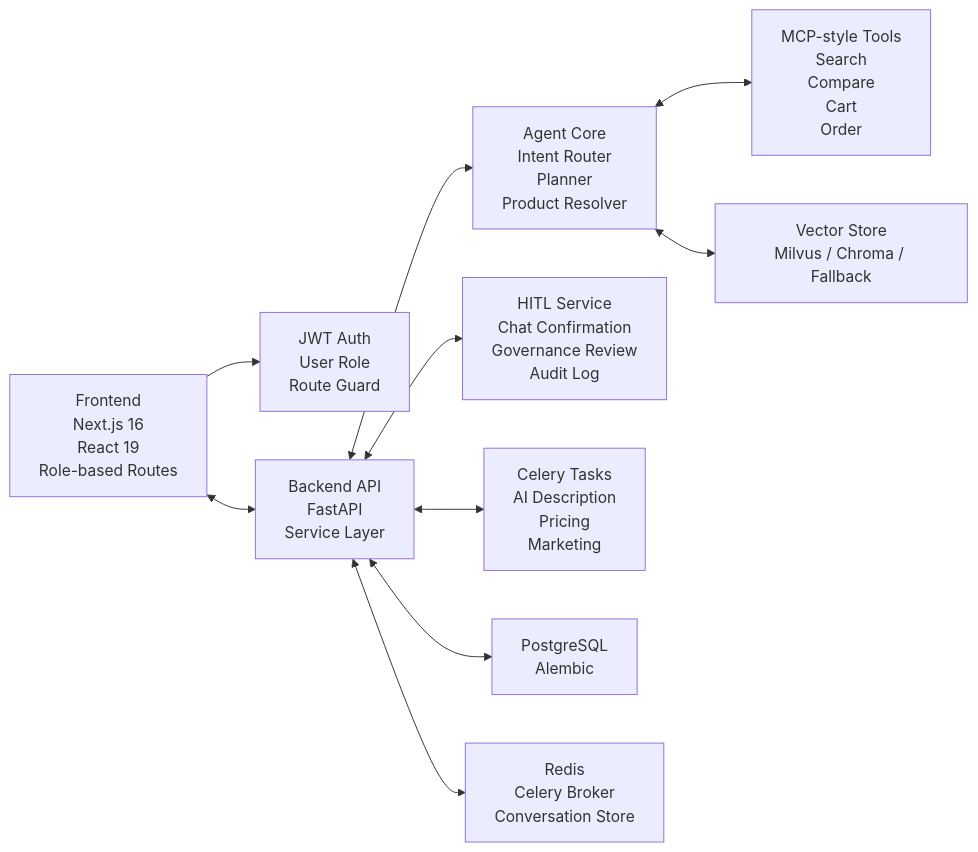
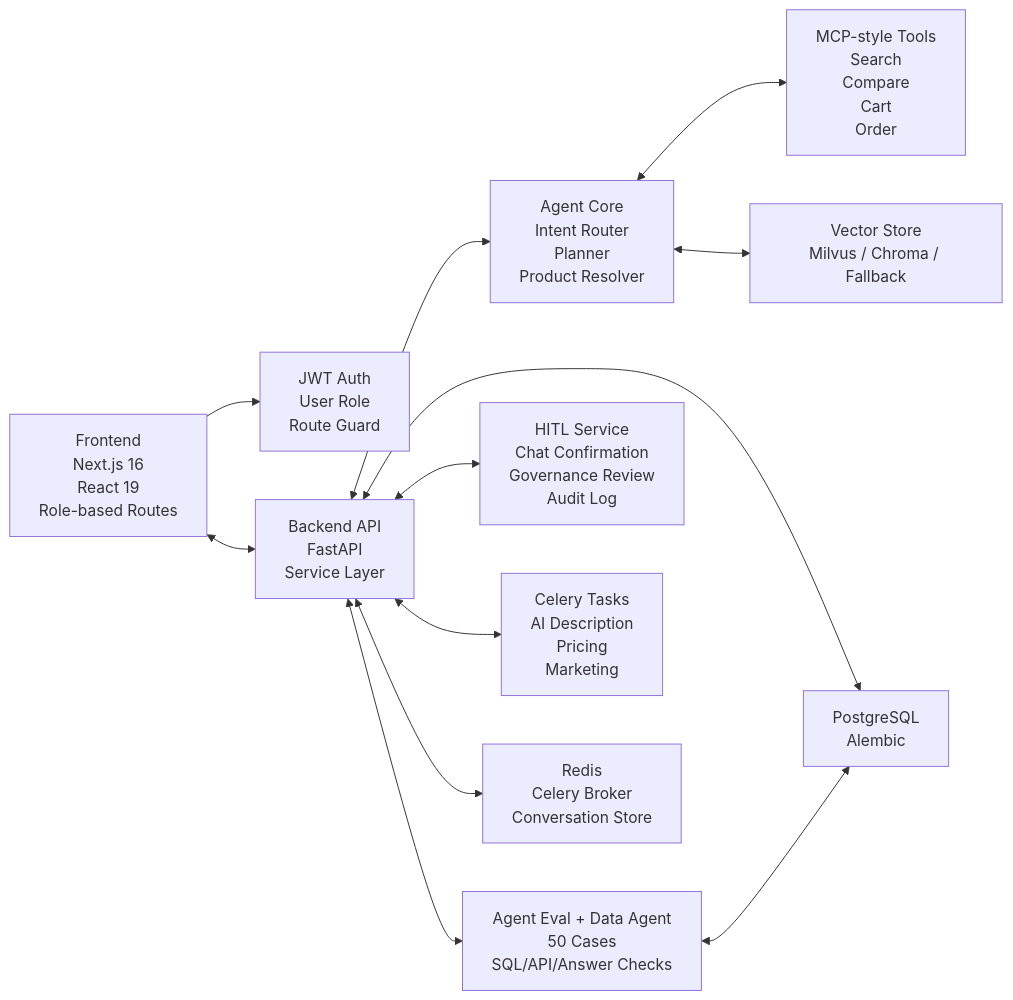
The first of 3 diagrams in README.md (leonleiwang/ShopMind-AI), drawn with Mermaid before and after one commit. The commit also changed other lines of this file, not shown here.

````diff
--- a/README.md
+++ b/README.md
@@ -123,23 +125,26 @@
 ```mermaid
 flowchart LR
     FE["Frontend<br/>Next.js 16<br/>React 19<br/>Role-based Routes"]
     AUTH["JWT Auth<br/>User Role<br/>Route Guard"]
     API["Backend API<br/>FastAPI<br/>Service Layer"]
     AGENT["Agent Core<br/>Intent Router<br/>Planner<br/>Product Resolver"]
+    EVAL["Agent Eval + Data Agent<br/>50 Cases<br/>SQL/API/Answer Checks"]
     TOOLS["MCP-style Tools<br/>Search<br/>Compare<br/>Cart<br/>Order"]
     HITL["HITL Service<br/>Chat Confirmation<br/>Governance Review<br/>Audit Log"]
     TASK["Celery Tasks<br/>AI Description<br/>Pricing<br/>Marketing"]
     DB["PostgreSQL<br/>Alembic"]
     REDIS["Redis<br/>Celery Broker<br/>Conversation Store"]
     VECTOR["Vector Store<br/>Milvus / Chroma / Fallback"]
 
     FE --> AUTH
     FE <--> API
     API <--> AGENT
+    API <--> EVAL
     AGENT <--> TOOLS
     API <--> HITL
     API <--> TASK
     API <--> DB
+    EVAL <--> DB
     API <--> REDIS
     AGENT <--> VECTOR
 ```
````
